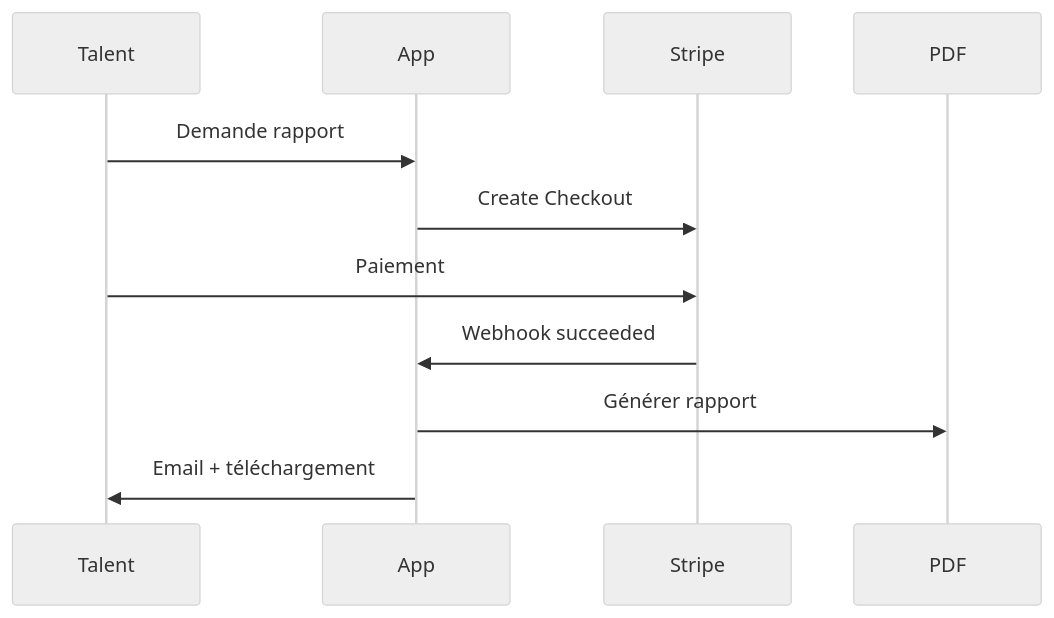
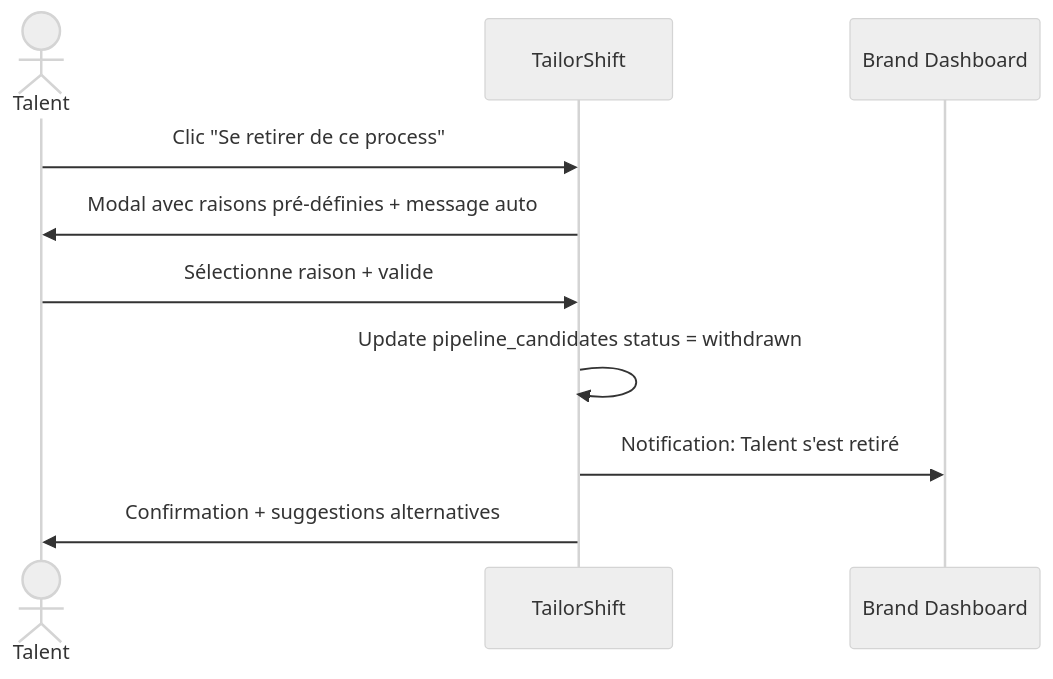
The third of 5 diagrams in docs/PRODUCT_ROADMAP_V8.md (LoulouBlue75/tailor_shift_v7), drawn with Mermaid (neutral theme) before and after one commit. The commit also changed other lines of this file and 1 other file, not shown here.

Commit message:
docs: update roadmap to V8 Optimized Edition and update profile types

````diff
--- a/docs/PRODUCT_ROADMAP_V8.md
+++ b/docs/PRODUCT_ROADMAP_V8.md
@@ -279,9 +598,13 @@
 ```mermaid
 sequenceDiagram
-    Talent->>App: Demande rapport
-    App->>Stripe: Create Checkout
-    Talent->>Stripe: Paiement
-    Stripe->>App: Webhook succeeded
-    App->>PDF: Générer rapport
-    App->>Talent: Email + téléchargement
+    actor Talent
+    participant App as TailorShift
+    participant Brand as Brand Dashboard
+    
+    Talent->>App: Clic "Se retirer de ce process"
+    App->>Talent: Modal avec raisons pré-définies + message auto
+    Talent->>App: Sélectionne raison + valide
+    App->>App: Update pipeline_candidates status = withdrawn
+    App->>Brand: Notification: Talent s'est retiré
+    App->>Talent: Confirmation + suggestions alternatives
 ```
````
